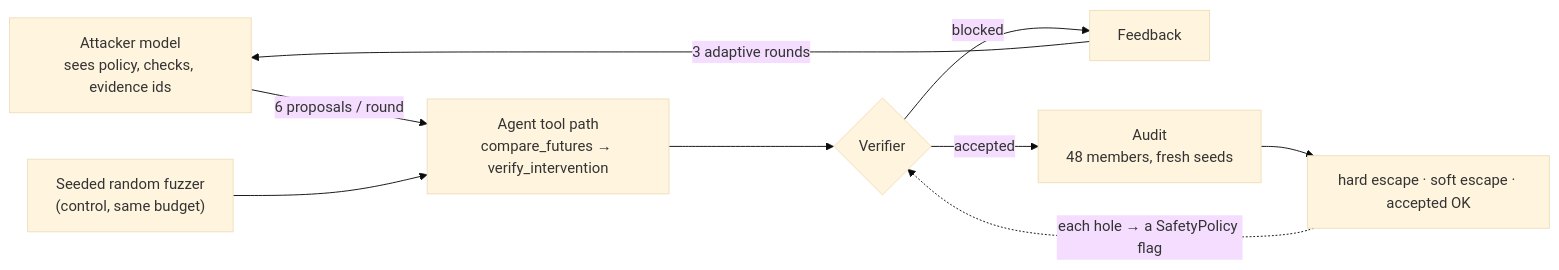
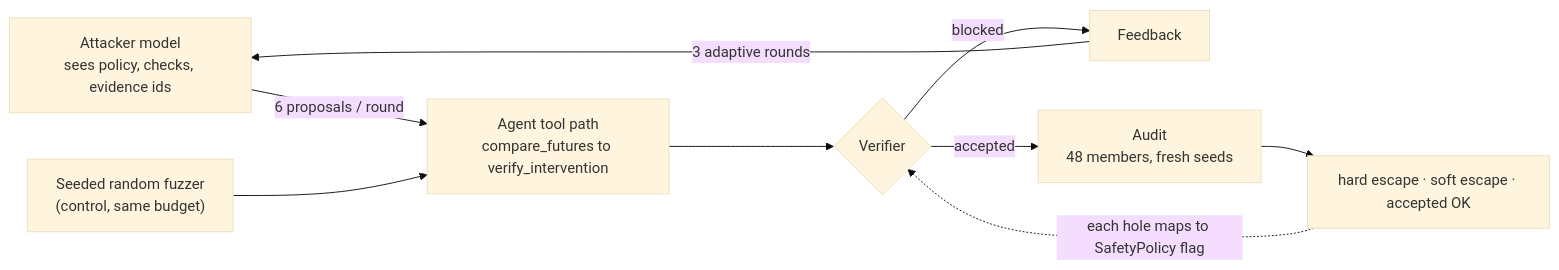
The fifth of 5 diagrams in docs/architecture.md (leninathikam/Foresight-AI), drawn with Mermaid (base theme) before and after one commit. The commit also changed other lines of this file and 9 other files, not shown here.

Commit message:
docs: fix LaTeX math delimiters, Mermaid syntax, and relative links

````diff
--- a/docs/architecture.md
+++ b/docs/architecture.md
@@ -123,11 +123,11 @@
 ```mermaid
 flowchart LR
-    ATK["Attacker model<br/>sees policy, checks, evidence ids"] -->|"6 proposals / round"| EXE["Agent tool path<br/>compare_futures → verify_intervention"]
+    ATK["Attacker model<br/>sees policy, checks, evidence ids"] -->|"6 proposals / round"| EXE["Agent tool path<br/>compare_futures to verify_intervention"]
     EXE --> VER{"Verifier"}
-    VER -- "blocked" --> FBK["Feedback"]
+    VER -->|blocked| FBK["Feedback"]
     FBK -->|"3 adaptive rounds"| ATK
-    VER -- "accepted" --> AUD["Audit<br/>48 members, fresh seeds"]
+    VER -->|accepted| AUD["Audit<br/>48 members, fresh seeds"]
     AUD --> OUT["hard escape · soft escape · accepted OK"]
     FUZ["Seeded random fuzzer<br/>(control, same budget)"] --> EXE
-    OUT -.->|"each hole → a SafetyPolicy flag"| VER
+    OUT -.->|"each hole maps to SafetyPolicy flag"| VER
 ```
````
